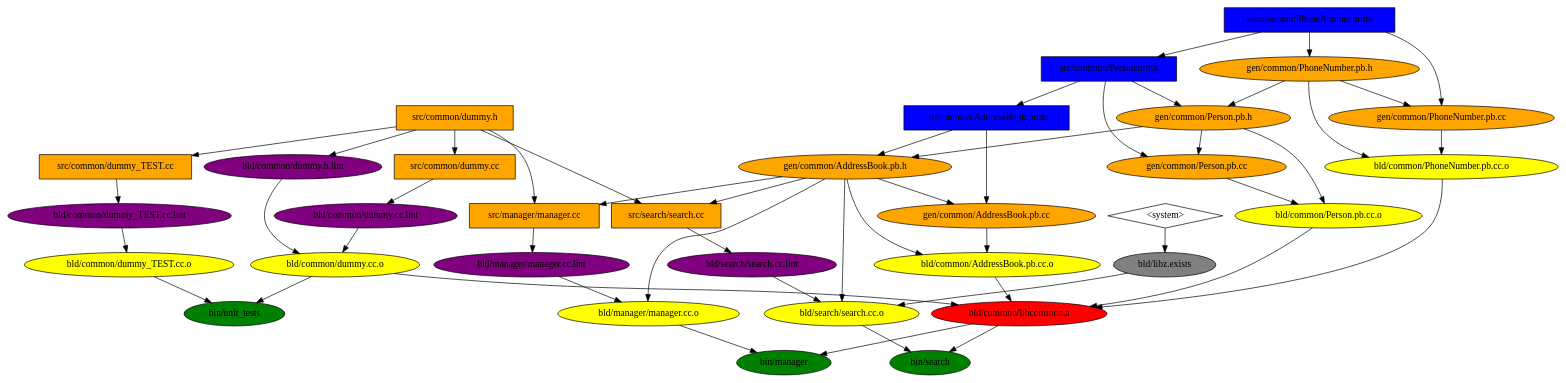
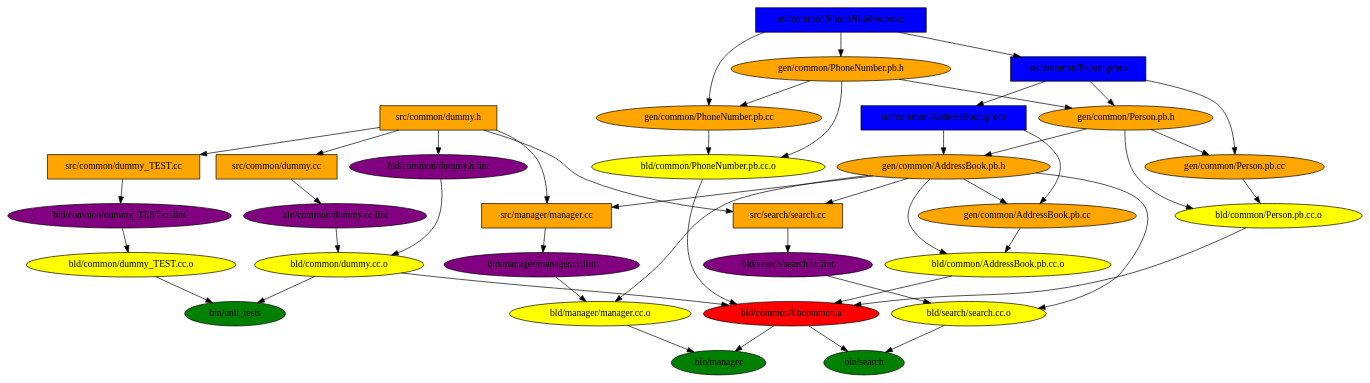
One commit to nicmcd/addressbook changed the diagram in graph.gv. Above: the diagram before and after it, drawn with Graphviz. The commit also changed 1 other file, not shown here.

Commit message:
Removed libz.exists since this is inherently checked by g++

```diff
--- a/graph.gv
+++ b/graph.gv
@@ -1,114 +1,108 @@
 digraph Build {
   "bin/manager" [style=filled, fillcolor=green];
   "bld/manager/manager.cc.o" -> "bin/manager";
   "bld/common/libcommon.a" -> "bin/manager";
 
   "bin/search" [style=filled, fillcolor=green];
   "bld/search/search.cc.o" -> "bin/search";
   "bld/common/libcommon.a" -> "bin/search";
 
   "bin/unit_tests" [style=filled, fillcolor=green];
   "bld/common/dummy_TEST.cc.o" -> "bin/unit_tests";
   "bld/common/dummy.cc.o" -> "bin/unit_tests";
 
   "bld/common/libcommon.a" [style=filled, fillcolor=red];
   "bld/common/AddressBook.pb.cc.o" -> "bld/common/libcommon.a";
   "bld/common/Person.pb.cc.o" -> "bld/common/libcommon.a";
   "bld/common/PhoneNumber.pb.cc.o" -> "bld/common/libcommon.a";
   "bld/common/dummy.cc.o" -> "bld/common/libcommon.a";
 
   "bld/manager/manager.cc.o" [style=filled, fillcolor=yellow];
   "gen/common/AddressBook.pb.h" -> "bld/manager/manager.cc.o";
   "bld/manager/manager.cc.lint" -> "bld/manager/manager.cc.o";
 
   "bld/search/search.cc.o" [style=filled, fillcolor=yellow];
   "gen/common/AddressBook.pb.h" -> "bld/search/search.cc.o";
   "bld/search/search.cc.lint" -> "bld/search/search.cc.o";
-  "bld/libz.exists" -> "bld/search/search.cc.o";
 
   "bld/common/AddressBook.pb.cc.o" [style=filled, fillcolor=yellow];
   "gen/common/AddressBook.pb.cc" -> "bld/common/AddressBook.pb.cc.o";
   "gen/common/AddressBook.pb.h" -> "bld/common/AddressBook.pb.cc.o";
 
   "bld/common/Person.pb.cc.o" [style=filled, fillcolor=yellow];
   "gen/common/Person.pb.cc" -> "bld/common/Person.pb.cc.o";
   "gen/common/Person.pb.h" -> "bld/common/Person.pb.cc.o";
 
   "bld/common/PhoneNumber.pb.cc.o" [style=filled, fillcolor=yellow];
   "gen/common/PhoneNumber.pb.cc" -> "bld/common/PhoneNumber.pb.cc.o";
   "gen/common/PhoneNumber.pb.h" -> "bld/common/PhoneNumber.pb.cc.o";
 
   "bld/common/dummy.cc.o" [style=filled, fillcolor=yellow];
   "bld/common/dummy.cc.lint" -> "bld/common/dummy.cc.o";
   "bld/common/dummy.h.lint" -> "bld/common/dummy.cc.o";
 
   "bld/common/dummy_TEST.cc.o" [style=filled, fillcolor=yellow];
   "bld/common/dummy_TEST.cc.lint" -> "bld/common/dummy_TEST.cc.o";
 
   "bld/manager/manager.cc.lint" [style=filled, fillcolor=purple];
   "src/manager/manager.cc" -> "bld/manager/manager.cc.lint";
 
   "bld/search/search.cc.lint" [style=filled, fillcolor=purple];
   "src/search/search.cc" -> "bld/search/search.cc.lint";
 
   "bld/common/dummy.cc.lint" [style=filled, fillcolor=purple];
   "src/common/dummy.cc" -> "bld/common/dummy.cc.lint";
 
   "bld/common/dummy.h.lint" [style=filled, fillcolor=purple];
   "src/common/dummy.h" -> "bld/common/dummy.h.lint";
 
   "bld/common/dummy_TEST.cc.lint" [style=filled, fillcolor=purple];
   "src/common/dummy_TEST.cc" -> "bld/common/dummy_TEST.cc.lint";
 
   "gen/common/AddressBook.pb.cc" [style=filled, fillcolor=orange];
   "src/common/AddressBook.proto" -> "gen/common/AddressBook.pb.cc";
   "gen/common/AddressBook.pb.h" -> "gen/common/AddressBook.pb.cc";
 
   "gen/common/AddressBook.pb.h" [style=filled, fillcolor=orange];
   "src/common/AddressBook.proto" -> "gen/common/AddressBook.pb.h";
   "gen/common/Person.pb.h" -> "gen/common/AddressBook.pb.h";
 
   "gen/common/Person.pb.cc" [style=filled, fillcolor=orange];
   "src/common/Person.proto" -> "gen/common/Person.pb.cc";
   "gen/common/Person.pb.h" -> "gen/common/Person.pb.cc";
 
   "gen/common/Person.pb.h" [style=filled, fillcolor=orange];
   "src/common/Person.proto" -> "gen/common/Person.pb.h";
   "gen/common/PhoneNumber.pb.h" -> "gen/common/Person.pb.h";
 
   "gen/common/PhoneNumber.pb.cc" [style=filled, fillcolor=orange];
   "src/common/PhoneNumber.proto" -> "gen/common/PhoneNumber.pb.cc";
   "gen/common/PhoneNumber.pb.h" -> "gen/common/PhoneNumber.pb.cc";
 
   "gen/common/PhoneNumber.pb.h" [style=filled, fillcolor=orange];
   "src/common/PhoneNumber.proto" -> "gen/common/PhoneNumber.pb.h";
 
-  "bld/libz.exists" [style=filled, fillcolor=gray];
-  "<system>" -> "bld/libz.exists";
-
   "src/manager/manager.cc" [shape=box, style=filled, fillcolor=orange];
   "gen/common/AddressBook.pb.h" -> "src/manager/manager.cc";
   "src/common/dummy.h" -> "src/manager/manager.cc";
 
   "src/search/search.cc" [shape=box, style=filled, fillcolor=orange];
   "gen/common/AddressBook.pb.h" -> "src/search/search.cc";
   "src/common/dummy.h" -> "src/search/search.cc";
 
   "src/common/dummy.cc" [shape=box, style=filled, fillcolor=orange];
   "src/common/dummy.h" -> "src/common/dummy.cc";
 
   "src/common/dummy_TEST.cc" [shape=box, style=filled, fillcolor=orange];
   "src/common/dummy.h" -> "src/common/dummy_TEST.cc";
 
   "src/common/AddressBook.proto" [shape=box, style=filled, fillcolor=blue];
   "src/common/Person.proto" -> "src/common/AddressBook.proto";
 
   "src/common/Person.proto" [shape=box, style=filled, fillcolor=blue];
   "src/common/PhoneNumber.proto" -> "src/common/Person.proto";
 
   "src/common/PhoneNumber.proto" [shape=box, style=filled, fillcolor=blue];
 
   "src/common/dummy.h" [shape=box, style=filled, fillcolor=orange];
-
-  "<system>" [shape=diamond];
 }
```
